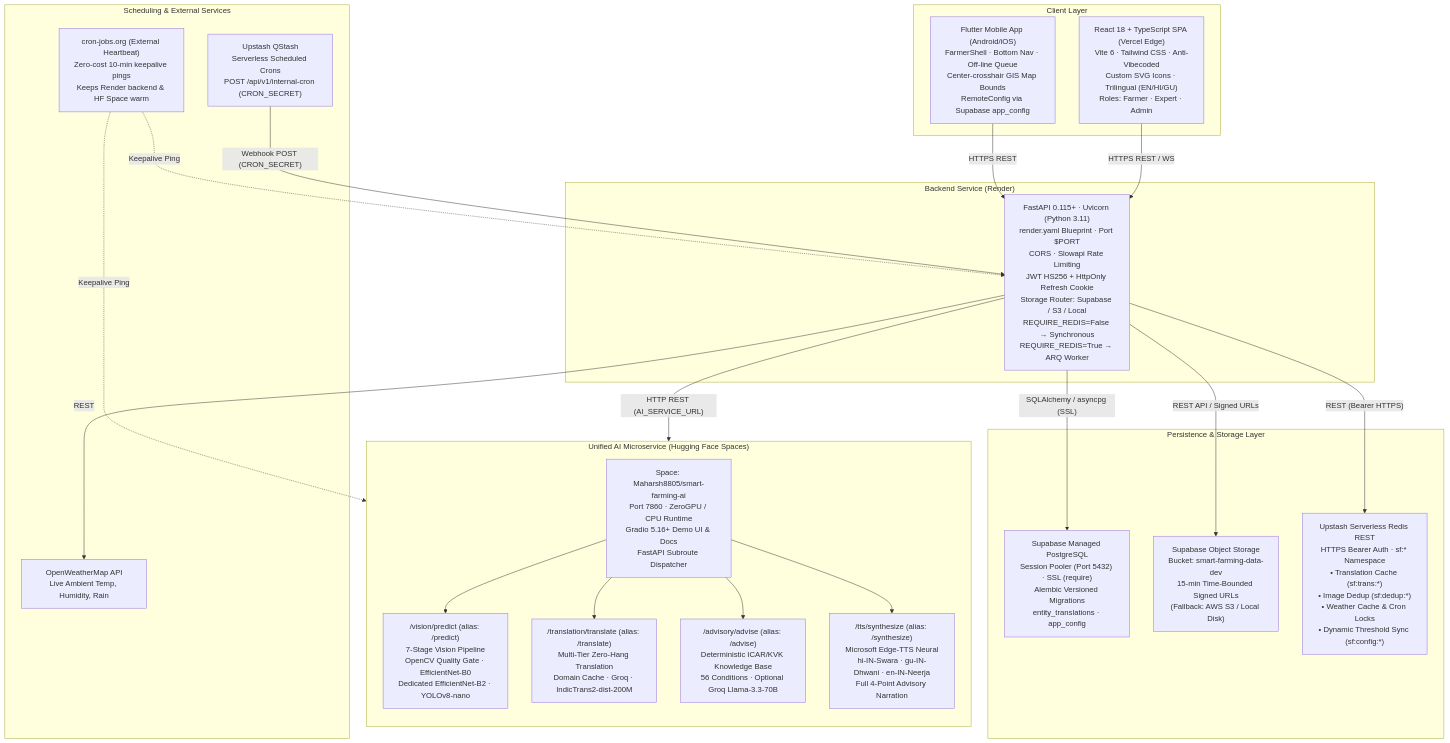
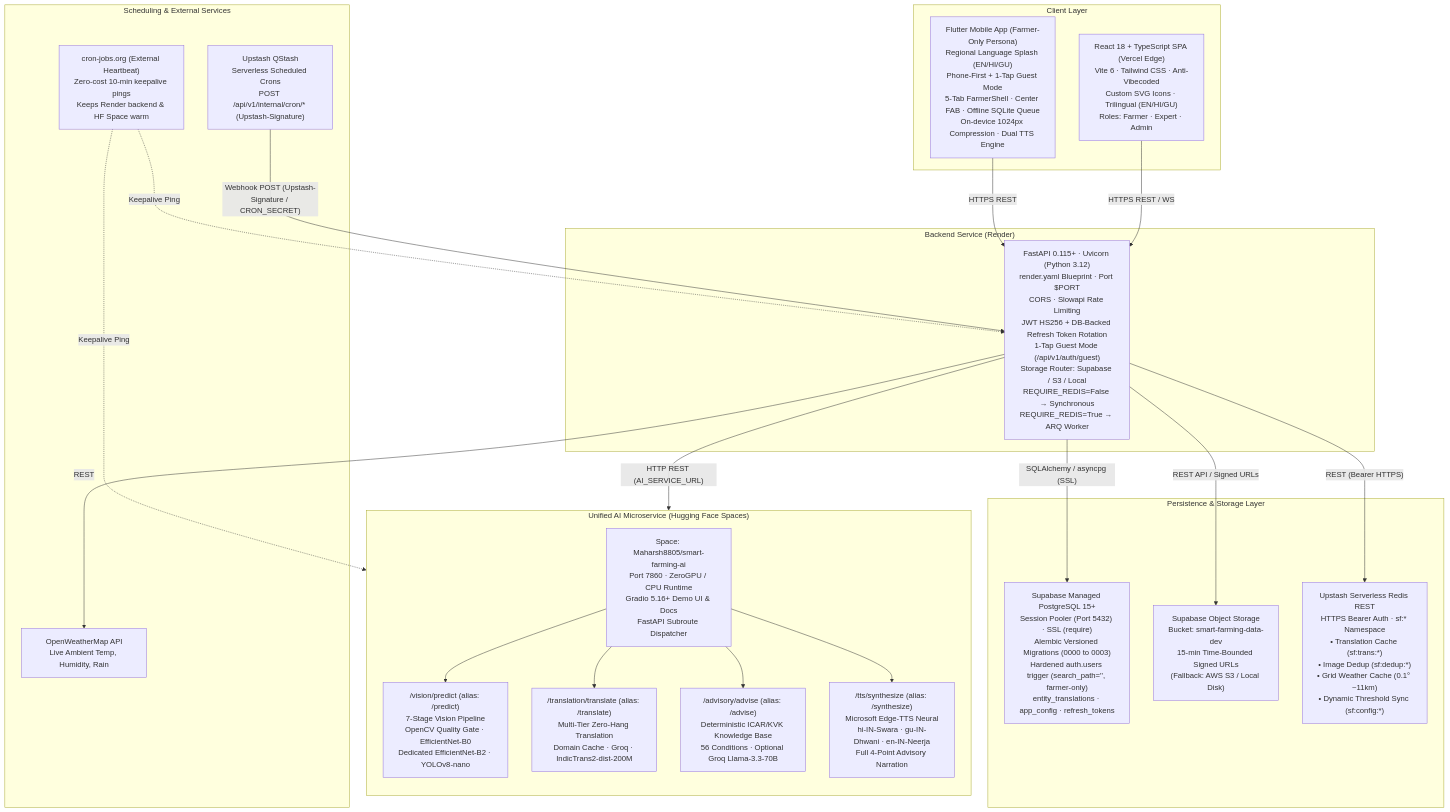
Before and after one commit to manthan2876/Smart-Farming: the first of 7 diagrams in Docs/Architecture.md, drawn with Mermaid. The commit also changed other lines of this file and 9 other files, not shown here.

````diff
--- a/Docs/Architecture.md
+++ b/Docs/Architecture.md
@@ -54,49 +54,49 @@
 ```mermaid
 flowchart TD
     subgraph CLIENTS["Client Layer"]
         SPA["React 18 + TypeScript SPA (Vercel Edge)\nVite 6 · Tailwind CSS · Anti-Vibecoded\nCustom SVG Icons · Trilingual (EN/HI/GU)\nRoles: Farmer · Expert · Admin"]
-        MOB["Flutter Mobile App (Android/iOS)\nFarmerShell · Bottom Nav · Off-line Queue\nCenter-crosshair GIS Map Bounds\nRemoteConfig via Supabase app_config"]
+        MOB["Flutter Mobile App (Farmer-Only Persona)\nRegional Language Splash (EN/HI/GU)\nPhone-First + 1-Tap Guest Mode\n5-Tab FarmerShell · Center FAB · Offline SQLite Queue\nOn-device 1024px Compression · Dual TTS Engine"]
     end
 
     subgraph BACKEND_HOST["Backend Service (Render)"]
-        API["FastAPI 0.115+ · Uvicorn (Python 3.11)\nrender.yaml Blueprint · Port $PORT\nCORS · Slowapi Rate Limiting\nJWT HS256 + HttpOnly Refresh Cookie\nStorage Router: Supabase / S3 / Local\nREQUIRE_REDIS=False → Synchronous\nREQUIRE_REDIS=True → ARQ Worker"]
+        API["FastAPI 0.115+ · Uvicorn (Python 3.12)\nrender.yaml Blueprint · Port $PORT\nCORS · Slowapi Rate Limiting\nJWT HS256 + DB-Backed Refresh Token Rotation\n1-Tap Guest Mode (/api/v1/auth/guest)\nStorage Router: Supabase / S3 / Local\nREQUIRE_REDIS=False → Synchronous\nREQUIRE_REDIS=True → ARQ Worker"]
     end
 
     subgraph AI_MICROSERVICE["Unified AI Microservice (Hugging Face Spaces)"]
         direction TB
         HF_SPACE["Space: Maharsh8805/smart-farming-ai\nPort 7860 · ZeroGPU / CPU Runtime\nGradio 5.16+ Demo UI & Docs\nFastAPI Subroute Dispatcher"]
         
         VISION["/vision/predict (alias: /predict)\n7-Stage Vision Pipeline\nOpenCV Quality Gate · EfficientNet-B0\nDedicated EfficientNet-B2 · YOLOv8-nano"]
         TRANS["/translation/translate (alias: /translate)\nMulti-Tier Zero-Hang Translation\nDomain Cache · Groq · IndicTrans2-dist-200M"]
         ADV["/advisory/advise (alias: /advise)\nDeterministic ICAR/KVK Knowledge Base\n56 Conditions · Optional Groq Llama-3.3-70B"]
         TTS["/tts/synthesize (alias: /synthesize)\nMicrosoft Edge-TTS Neural\nhi-IN-Swara · gu-IN-Dhwani · en-IN-Neerja\nFull 4-Point Advisory Narration"]
 
         HF_SPACE --> VISION
         HF_SPACE --> TRANS
         HF_SPACE --> ADV
         HF_SPACE --> TTS
     end
 
     subgraph PERSISTENCE["Persistence & Storage Layer"]
-        DB["Supabase Managed PostgreSQL\nSession Pooler (Port 5432) · SSL (require)\nAlembic Versioned Migrations\nentity_translations · app_config"]
+        DB["Supabase Managed PostgreSQL 15+\nSession Pooler (Port 5432) · SSL (require)\nAlembic Versioned Migrations (0000 to 0003)\nHardened auth.users trigger (search_path='', farmer-only)\nentity_translations · app_config · refresh_tokens"]
         OBJ["Supabase Object Storage\nBucket: smart-farming-data-dev\n15-min Time-Bounded Signed URLs\n(Fallback: AWS S3 / Local Disk)"]
-        UPSTASH["Upstash Serverless Redis REST\nHTTPS Bearer Auth · sf:* Namespace\n• Translation Cache (sf:trans:*)\n• Image Dedup (sf:dedup:*)\n• Weather Cache & Cron Locks\n• Dynamic Threshold Sync (sf:config:*)"]
+        UPSTASH["Upstash Serverless Redis REST\nHTTPS Bearer Auth · sf:* Namespace\n• Translation Cache (sf:trans:*)\n• Image Dedup (sf:dedup:*)\n• Grid Weather Cache (0.1° ~11km)\n• Dynamic Threshold Sync (sf:config:*)"]
     end
 
     subgraph SCHEDULING["Scheduling & External Services"]
         CRON["cron-jobs.org (External Heartbeat)\nZero-cost 10-min keepalive pings\nKeeps Render backend & HF Space warm"]
-        QSTASH["Upstash QStash\nServerless Scheduled Crons\nPOST /api/v1/internal-cron (CRON_SECRET)"]
+        QSTASH["Upstash QStash\nServerless Scheduled Crons\nPOST /api/v1/internal/cron/* (Upstash-Signature)"]
         OWM["OpenWeatherMap API\nLive Ambient Temp, Humidity, Rain"]
     end
 
     SPA -- "HTTPS REST / WS" --> API
     MOB -- "HTTPS REST" --> API
     API -- "HTTP REST (AI_SERVICE_URL)" --> HF_SPACE
     API -- "REST API / Signed URLs" --> OBJ
     API -- "SQLAlchemy / asyncpg (SSL)" --> DB
     API -- "REST (Bearer HTTPS)" --> UPSTASH
     API -- "REST" --> OWM
-    QSTASH -- "Webhook POST (CRON_SECRET)" --> API
+    QSTASH -- "Webhook POST (Upstash-Signature / CRON_SECRET)" --> API
     CRON -. "Keepalive Ping" .-> API
     CRON -. "Keepalive Ping" .-> HF_SPACE
 ```
````
